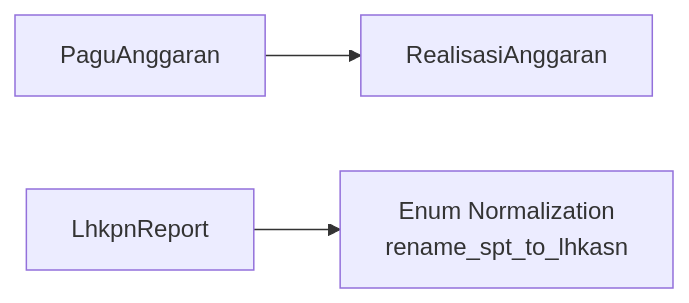
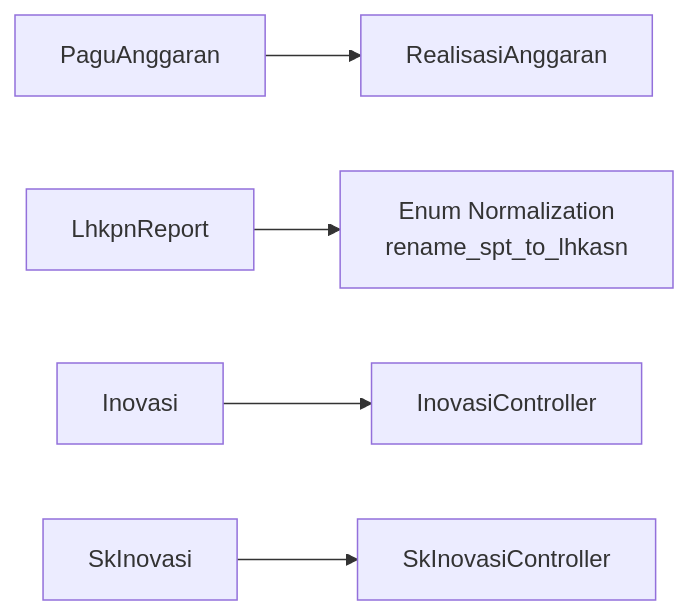
One commit to backuppapnj/api-web changed the third of 3 diagrams in .qoder/repowiki/en/content/Database Design/Core Models/Core Models.md. Above: the diagram before and after it, drawn with Mermaid. The commit also changed other lines of this file and 13 other files, not shown here.

````diff
--- a/.qoder/repowiki/en/content/Database Design/Core Models/Core Models.md
+++ b/.qoder/repowiki/en/content/Database Design/Core Models/Core Models.md
@@ -321,5 +425,7 @@
 ```mermaid
 graph LR
 PA["PaguAnggaran"] --> RA["RealisasiAnggaran"]
 LR["LhkpnReport"] --> LR2["Enum Normalization<br/>rename_spt_to_lhkasn"]
+IN["Inovasi"] --> INCONT["InovasiController"]
+SIN["SkInovasi"] --> SINCONT["SkInovasiController"]
 ```
````
